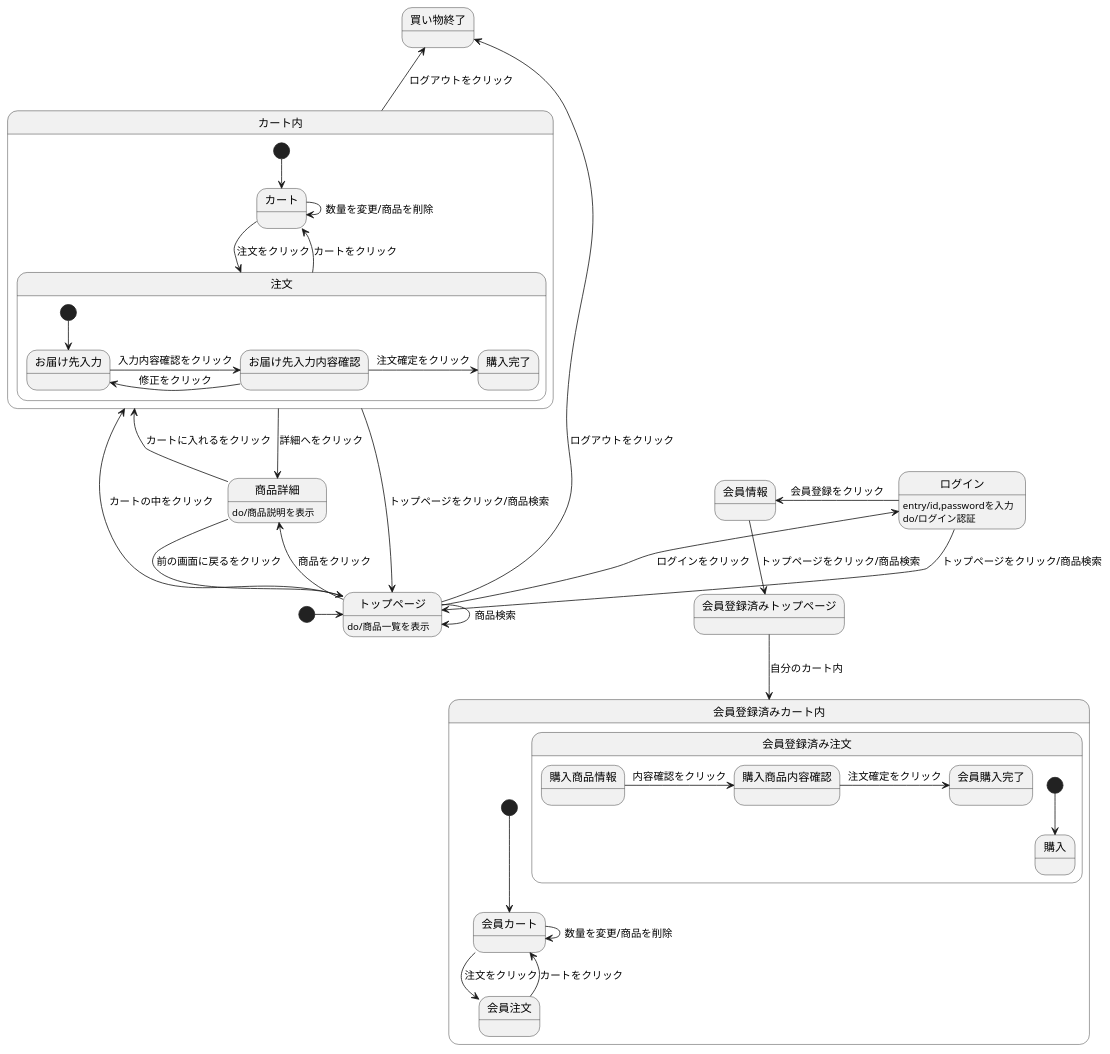
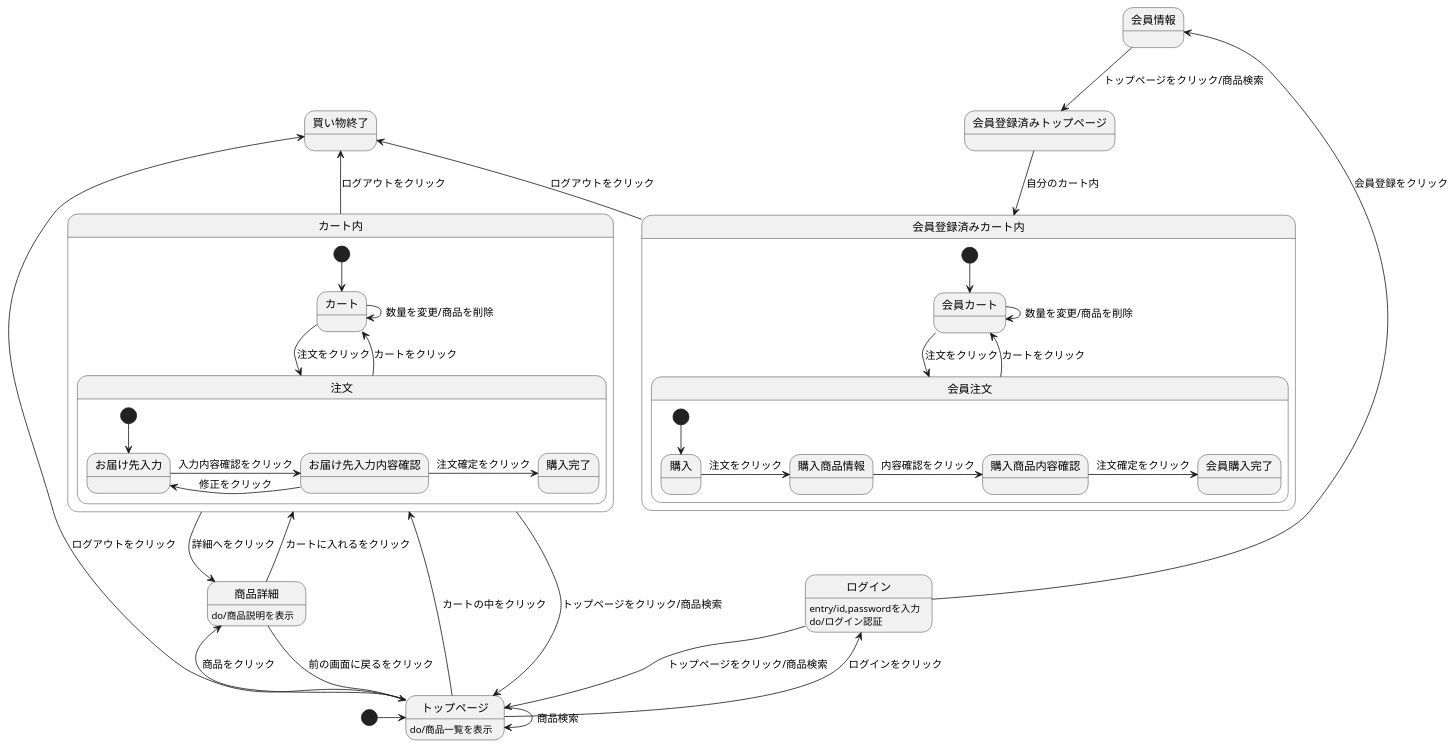
The diagram in create 12.md (Aso2001140/2012sys-design), drawn with PlantUML before and after one commit.

Commit message:
Update create 12.md

````diff
--- a/create 12.md
+++ b/create 12.md
@@ -1,48 +1,50 @@
 ```uml
 @startuml
 [*] -> トップページ
 会員情報 --> 会員登録済みトップページ : トップページをクリック/商品検索
 会員登録済みトップページ --> 会員登録済みカート内 : 自分のカート内
 ログイン --> トップページ : トップページをクリック/商品検索
 ログイン : entry/id,passwordを入力
 ログイン : do/ログイン認証
 トップページ --> 買い物終了 : ログアウトをクリック
 トップページ -> トップページ : 商品検索
 トップページ -> 商品詳細 : 商品をクリック
 ログイン -left-> 会員情報 : 会員登録をクリック
 トップページ -left-> ログイン : ログインをクリック
 トップページ --> カート内 : カートの中をクリック
 トップページ : do/商品一覧を表示
 商品詳細 --> カート内 : カートに入れるをクリック
 商品詳細 --> トップページ : 前の画面に戻るをクリック
 商品詳細 : do/商品説明を表示
 カート内 -up-> トップページ : トップページをクリック/商品検索
 カート内 -up-> 買い物終了 : ログアウトをクリック
+会員登録済みカート内 -up-> 買い物終了 : ログアウトをクリック
 カート内 -> 商品詳細 : 詳細へをクリック
 
 
 state カート内{
 [*] --> カート
 カート -> 注文 : 注文をクリック
 カート -> カート : 数量を変更/商品を削除
 注文 --> カート : カートをクリック
 state 注文{
 [*] --> お届け先入力
 お届け先入力 -> お届け先入力内容確認 : 入力内容確認をクリック
 お届け先入力内容確認 -> お届け先入力 : 修正をクリック
 お届け先入力内容確認 -> 購入完了 : 注文確定をクリック
 }
 }
 state 会員登録済みカート内{
 [*] --> 会員カート
 会員カート -> 会員注文 : 注文をクリック
 会員カート -> 会員カート : 数量を変更/商品を削除
 会員注文 --> 会員カート : カートをクリック
-state 会員登録済み注文{
+state 会員注文{
 [*] --> 購入
+購入 -> 購入商品情報 : 注文をクリック
 購入商品情報 -> 購入商品内容確認 : 内容確認をクリック
 購入商品内容確認 -> 会員購入完了 : 注文確定をクリック
 }
 }
 @enduml
 ```
````
